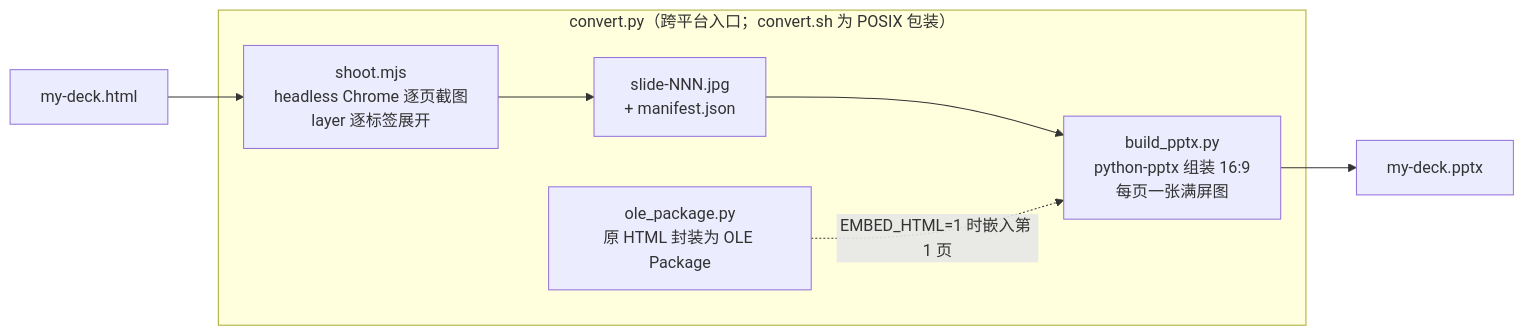
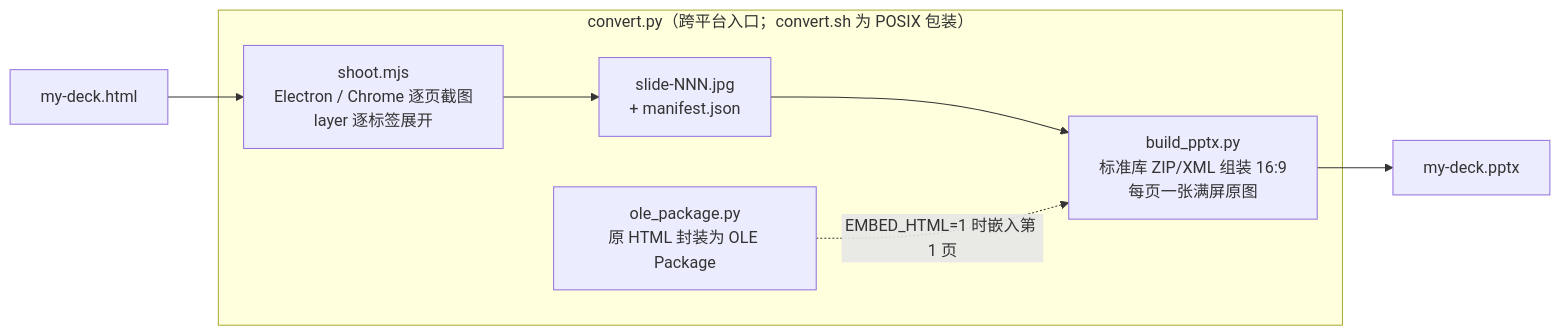
One commit to StyleAIPro/Nice-Deck changed the fourth of 8 diagrams in docs/architecture.md. Above: the diagram before and after it, drawn with Mermaid. The commit also changed other lines of this file and 57 other files, not shown here.

````diff
--- a/docs/architecture.md
+++ b/docs/architecture.md
@@ -143,10 +143,10 @@
 ```mermaid
 flowchart LR
     IN["my-deck.html"] --> SH
     subgraph CV ["convert.py（跨平台入口；convert.sh 为 POSIX 包装）"]
-        SH["shoot.mjs<br/>headless Chrome 逐页截图<br/>layer 逐标签展开"] --> IMG["slide-NNN.jpg<br/>+ manifest.json"]
-        IMG --> BP["build_pptx.py<br/>python-pptx 组装 16:9<br/>每页一张满屏图"]
+        SH["shoot.mjs<br/>Electron / Chrome 逐页截图<br/>layer 逐标签展开"] --> IMG["slide-NNN.jpg<br/>+ manifest.json"]
+        IMG --> BP["build_pptx.py<br/>标准库 ZIP/XML 组装 16:9<br/>每页一张满屏原图"]
         OLE["ole_package.py<br/>原 HTML 封装为 OLE Package"] -.->|"EMBED_HTML=1 时嵌入第 1 页"| BP
     end
     BP --> OUT["my-deck.pptx"]
 ```
````
